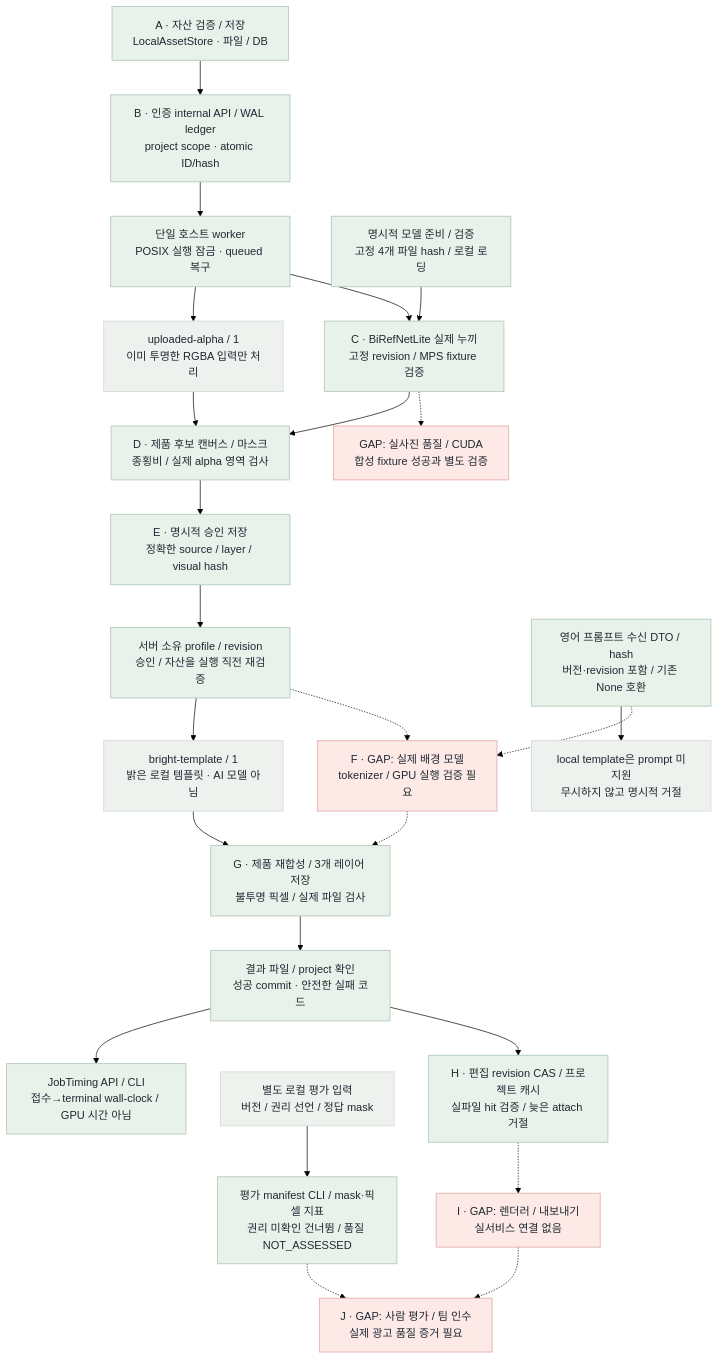
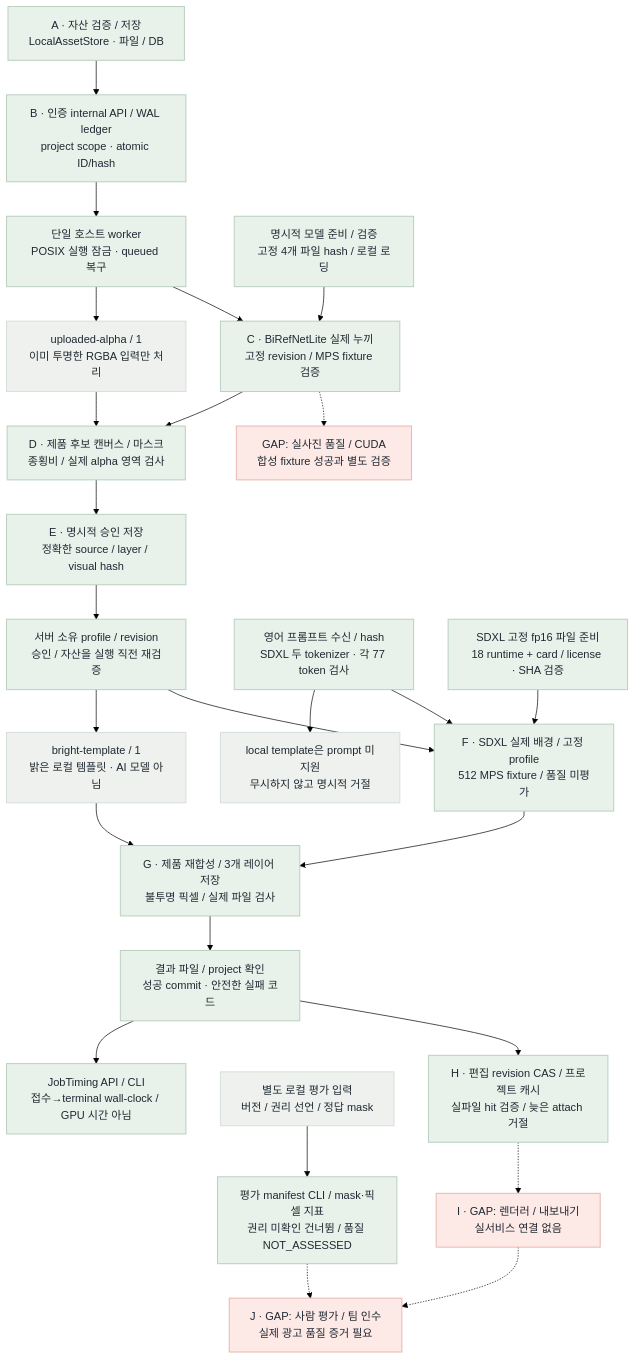
The second of 2 diagrams in fivecircles/architecture/spec/image-runtime-flow.md (uyt5041-lab/beauty-ai-models), drawn with Mermaid (forest theme) before and after one commit. The commit also changed other lines of this file and 29 other files, not shown here.

````diff
--- a/fivecircles/architecture/spec/image-runtime-flow.md
+++ b/fivecircles/architecture/spec/image-runtime-flow.md
@@ -39,40 +39,42 @@
 ```mermaid
 flowchart TB
     A["A · 자산 검증 / 저장<br/>LocalAssetStore · 파일 / DB"]:::green
     B["B · 인증 internal API / WAL ledger<br/>project scope · atomic ID/hash"]:::green
     W["단일 호스트 worker<br/>POSIX 실행 잠금 · queued 복구"]:::green
     U["uploaded-alpha / 1<br/>이미 투명한 RGBA 입력만 처리"]:::gray
     C["C · BiRefNetLite 실제 누끼<br/>고정 revision / MPS fixture 검증"]:::green
     D["D · 제품 후보 캔버스 / 마스크<br/>종횡비 / 실제 alpha 영역 검사"]:::green
     E["E · 명시적 승인 저장<br/>정확한 source / layer / visual hash"]:::green
     P["서버 소유 profile / revision<br/>승인 / 자산을 실행 직전 재검증"]:::green
     T["bright-template / 1<br/>밝은 로컬 템플릿 · AI 모델 아님"]:::gray
-    F["F · GAP: 실제 배경 모델<br/>tokenizer / GPU 실행 검증 필요"]:::red
+    F["F · SDXL 실제 배경 / 고정 profile<br/>512 MPS fixture / 품질 미평가"]:::green
     G["G · 제품 재합성 / 3개 레이어 저장<br/>불투명 픽셀 / 실제 파일 검사"]:::green
     R["결과 파일 / project 확인<br/>성공 commit · 안전한 실패 코드"]:::green
     H["H · 편집 revision CAS / 프로젝트 캐시<br/>실파일 hit 검증 / 늦은 attach 거절"]:::green
     I["I · GAP: 렌더러 / 내보내기<br/>실서비스 연결 없음"]:::red
     J["J · GAP: 사람 평가 / 팀 인수<br/>실제 광고 품질 증거 필요"]:::red
-    Q["영어 프롬프트 수신 DTO / hash<br/>버전·revision 포함 / 기존 None 호환"]:::green
+    Q["영어 프롬프트 수신 / hash<br/>SDXL 두 tokenizer · 각 77 token 검사"]:::green
     X["local template은 prompt 미지원<br/>무시하지 않고 명시적 거절"]:::gray
     V["별도 로컬 평가 입력<br/>버전 / 권리 선언 / 정답 mask"]:::gray
     K["평가 manifest CLI / mask·픽셀 지표<br/>권리 미확인 건너뜀 / 품질 NOT_ASSESSED"]:::green
     L["JobTiming API / CLI<br/>접수→terminal wall-clock / GPU 시간 아님"]:::green
     V --> K -.-> J
     R --> L
     Q --> X
-    Q -.-> F
+    Q --> F
     A --> B --> W --> U --> D --> E --> P --> T --> G --> R
     S["명시적 모델 준비 / 검증<br/>고정 4개 파일 hash / 로컬 로딩"]:::green
     N["GAP: 실사진 품질 / CUDA<br/>합성 fixture 성공과 별도 검증"]:::red
     S --> C
     W --> C --> D
     C -.-> N
-    P -.-> F -.-> G
+    S2["SDXL 고정 fp16 파일 준비<br/>18 runtime + card / license · SHA 검증"]:::green
+    S2 --> F
+    P --> F --> G
     R --> H -.-> I -.-> J
 classDef green fill:#e8f2ea,stroke:#bdd1c2,color:#1f2933,stroke-width:1.5px
 classDef blue fill:#e8f0f7,stroke:#c2d3e0,color:#1f2933,stroke-width:1.5px
 classDef amber fill:#fff4dc,stroke:#e7c88f,color:#1f2933,stroke-width:1.5px
 classDef red fill:#fde9e6,stroke:#e8bab5,color:#1f2933,stroke-width:1.5px
 classDef gray fill:#eef1ed,stroke:#d8e0da,color:#1f2933,stroke-width:1.5px
 ```
````
